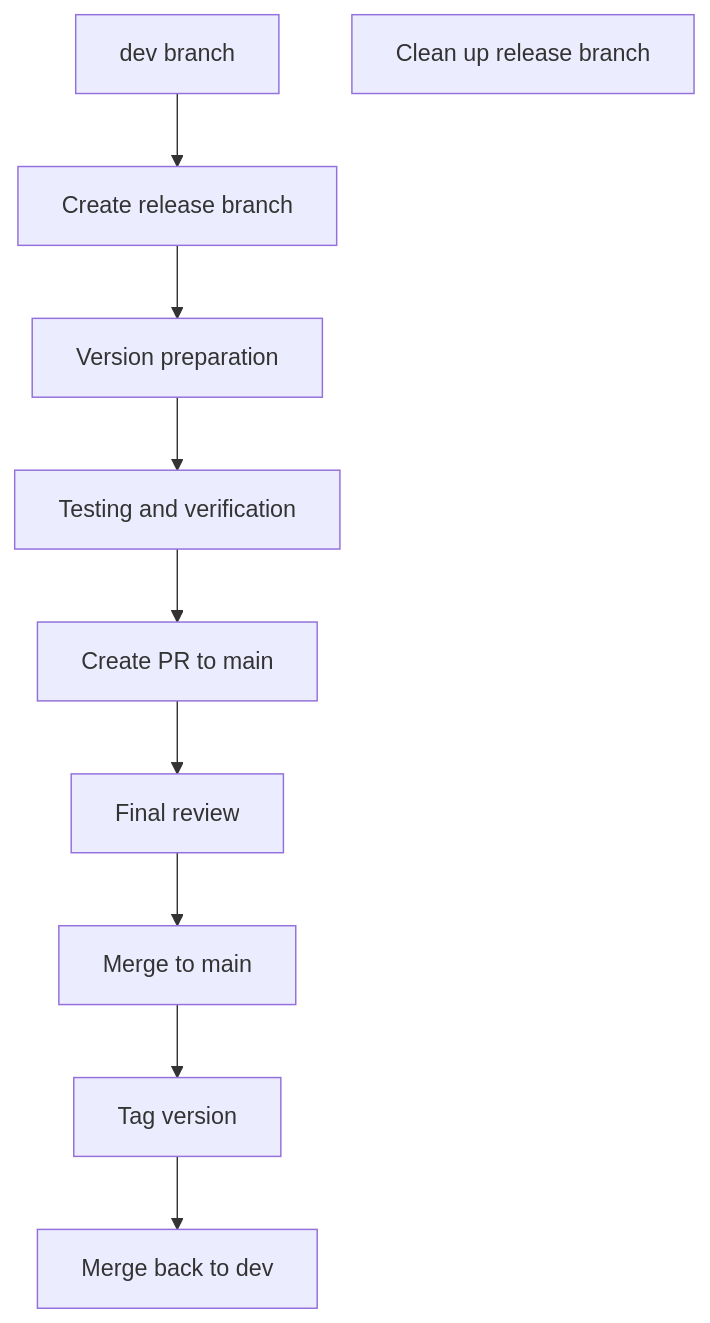
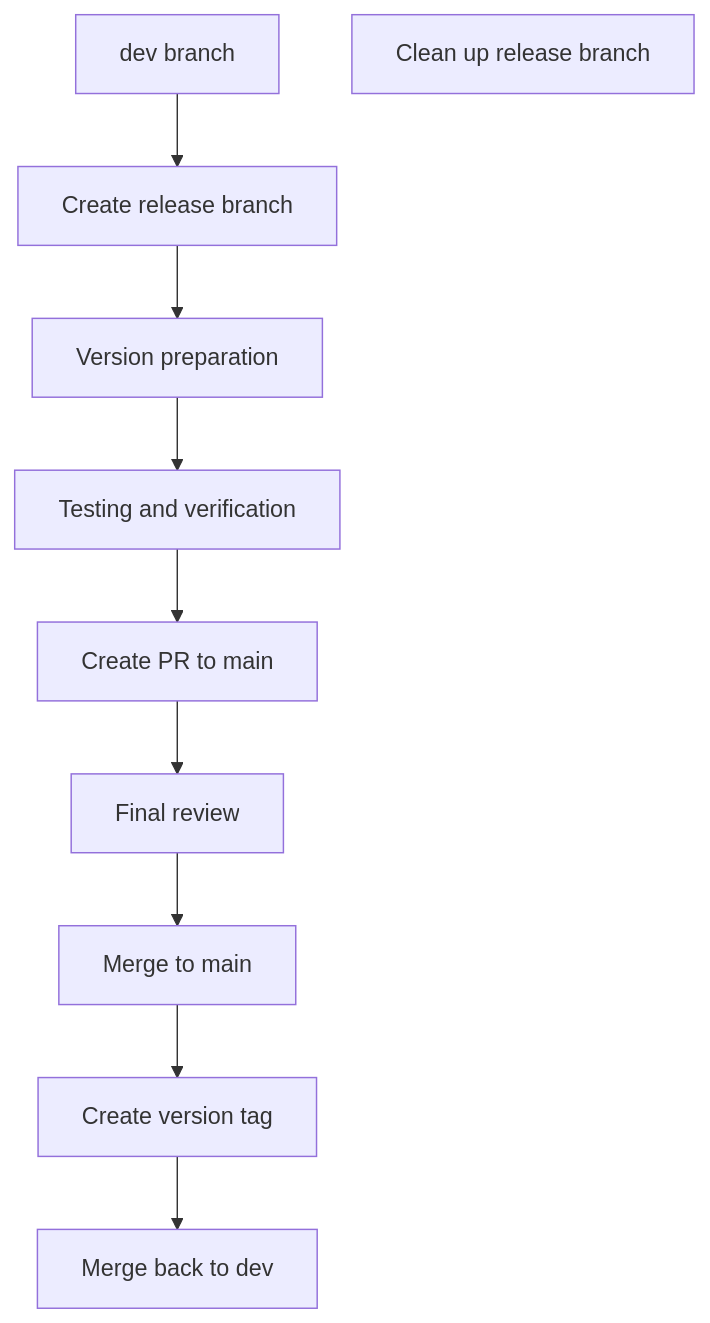
One commit to ChenXu233/YaoXiang changed the third of 3 diagrams in docs/src/en/dev/branch-maintenance-guide.md. Above: the diagram before and after it, drawn with Mermaid. The commit also changed other lines of this file and 392 other files, not shown here.

````diff
--- a/docs/src/en/dev/branch-maintenance-guide.md
+++ b/docs/src/en/dev/branch-maintenance-guide.md
@@ -182,12 +181,12 @@
 ```mermaid
 graph TD
     A[dev branch] --> B[Create release branch]
     B --> C[Version preparation]
     C --> D[Testing and verification]
     D --> E[Create PR to main]
     E --> F[Final review]
     F --> G[Merge to main]
-    G --> H[Tag version]
+    G --> H[Create version tag]
     H --> I[Merge back to dev]
     J[Clean up release branch]
 ```
````
